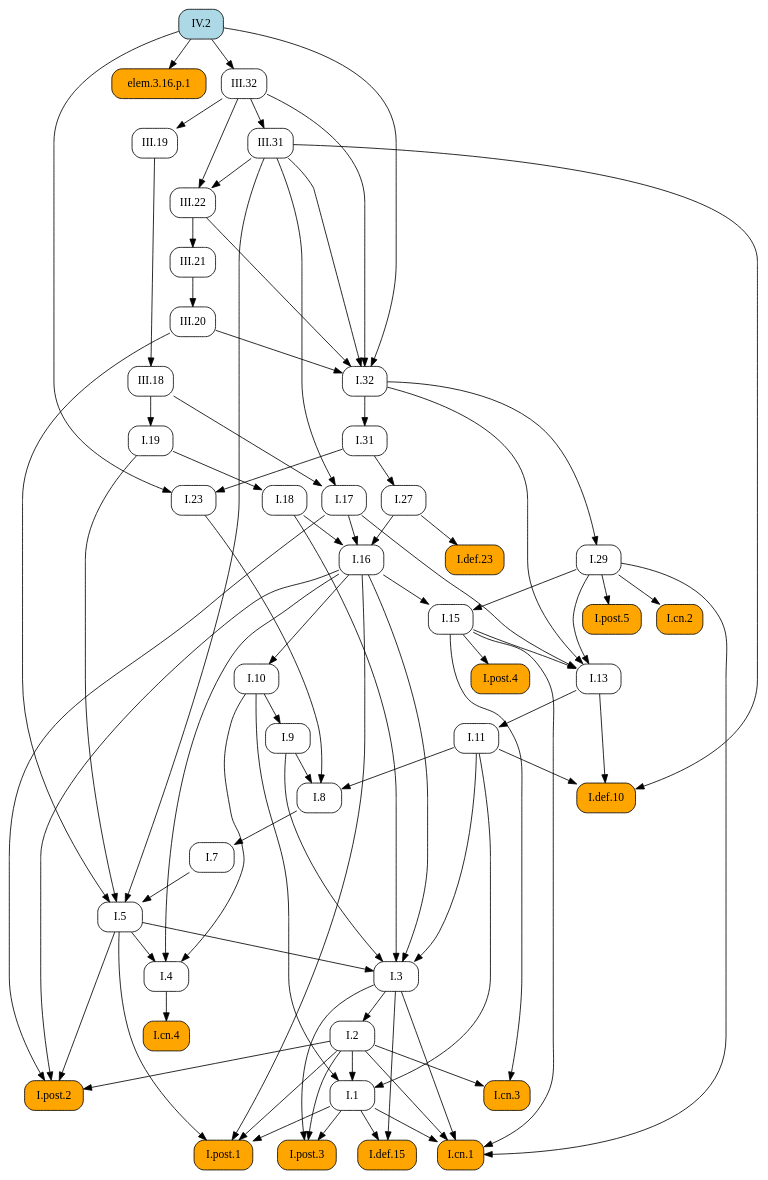
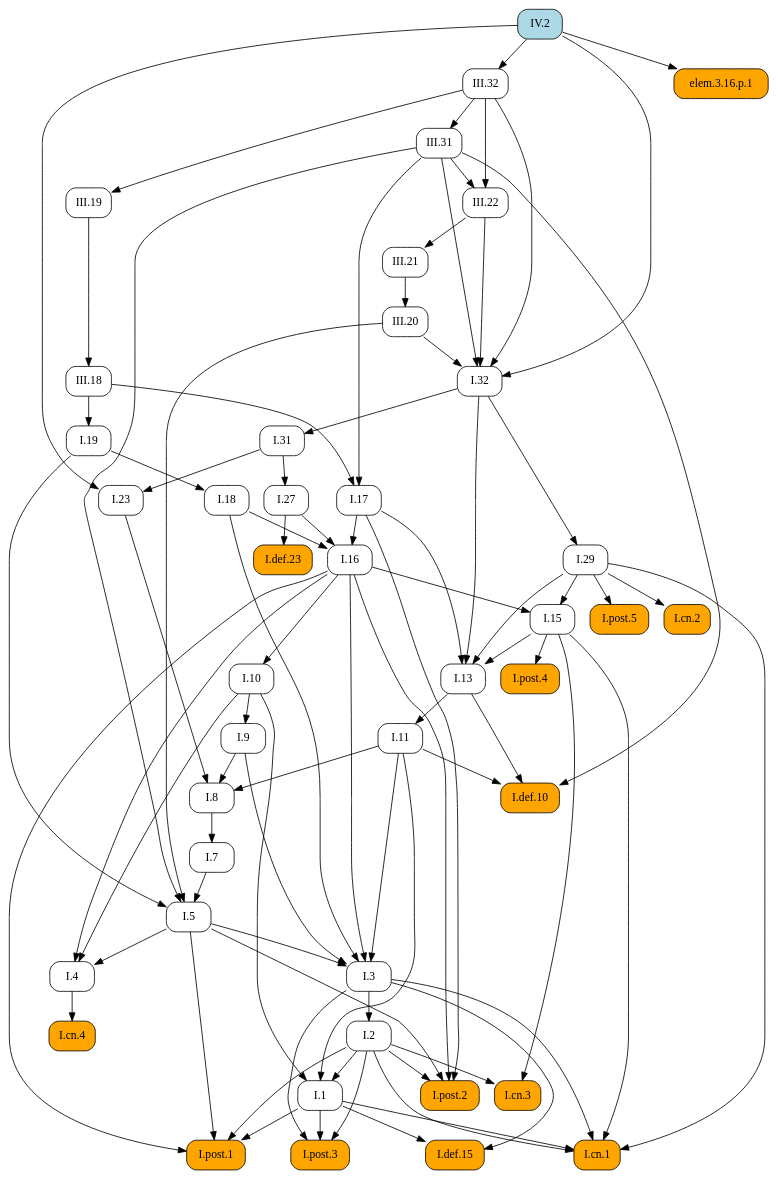
Before and after one commit to geometor/elements: the diagram in docsrc/elements2/IV/2/index.rst, drawn with Graphviz. The commit also changed other lines of this file and 409 other files, not shown here.

First line of the commit message:
feat: Add image cropping and graphic extraction script

```diff
--- a/docsrc/elements2/IV/2/index.rst
+++ b/docsrc/elements2/IV/2/index.rst
@@ -46,129 +46,129 @@
    digraph {
      rankdir="TB";
      node [shape=box, style=rounded];
+     "III.18" [URL="/elements2/III/18/", target="_top"];
+     "I.31" [URL="/elements2/I/31/", target="_top"];
      "I.8" [URL="/elements2/I/8/", target="_top"];
+     "I.15" [URL="/elements2/I/15/", target="_top"];
+     "I.5" [URL="/elements2/I/5/", target="_top"];
+     "I.17" [URL="/elements2/I/17/", target="_top"];
+     "I.cn.1" [style="rounded,filled", fillcolor=orange, URL="/elements2/I/cn.1/", target="_top"];
+     "elem.3.16.p.1" [style="rounded,filled", fillcolor=orange];
      "I.32" [URL="/elements2/I/32/", target="_top"];
-     "I.post.1" [style="rounded,filled", fillcolor=orange, URL="/elements2/I/post.1/", target="_top"];
-     "I.5" [URL="/elements2/I/5/", target="_top"];
-     "I.post.5" [style="rounded,filled", fillcolor=orange, URL="/elements2/I/post.5/", target="_top"];
-     "I.def.10" [style="rounded,filled", fillcolor=orange, URL="/elements2/I/def.10/", target="_top"];
-     "I.cn.2" [style="rounded,filled", fillcolor=orange, URL="/elements2/I/cn.2/", target="_top"];
-     "III.22" [URL="/elements2/III/22/", target="_top"];
-     "elem.3.16.p.1" [style="rounded,filled", fillcolor=orange];
+     "I.7" [URL="/elements2/I/7/", target="_top"];
+     "I.23" [URL="/elements2/I/23/", target="_top"];
+     "I.16" [URL="/elements2/I/16/", target="_top"];
+     "III.20" [URL="/elements2/III/20/", target="_top"];
+     "III.19" [URL="/elements2/III/19/", target="_top"];
      "I.def.15" [style="rounded,filled", fillcolor=orange, URL="/elements2/I/def.15/", target="_top"];
      "III.31" [URL="/elements2/III/31/", target="_top"];
-     "I.31" [URL="/elements2/I/31/", target="_top"];
+     "I.19" [URL="/elements2/I/19/", target="_top"];
+     "I.def.10" [style="rounded,filled", fillcolor=orange, URL="/elements2/I/def.10/", target="_top"];
      "I.11" [URL="/elements2/I/11/", target="_top"];
+     "I.post.4" [style="rounded,filled", fillcolor=orange, URL="/elements2/I/post.4/", target="_top"];
+     "I.def.23" [style="rounded,filled", fillcolor=orange, URL="/elements2/I/def.23/", target="_top"];
+     "I.18" [URL="/elements2/I/18/", target="_top"];
+     "I.post.5" [style="rounded,filled", fillcolor=orange, URL="/elements2/I/post.5/", target="_top"];
      "I.3" [URL="/elements2/I/3/", target="_top"];
-     "I.def.23" [style="rounded,filled", fillcolor=orange, URL="/elements2/I/def.23/", target="_top"];
-     "I.post.2" [style="rounded,filled", fillcolor=orange, URL="/elements2/I/post.2/", target="_top"];
-     "IV.2" [style="rounded,filled", fillcolor=lightblue, URL="/elements2/IV/2/", target="_top"];
-     "I.19" [URL="/elements2/I/19/", target="_top"];
-     "I.1" [URL="/elements2/I/1/", target="_top"];
+     "III.22" [URL="/elements2/III/22/", target="_top"];
+     "I.10" [URL="/elements2/I/10/", target="_top"];
+     "III.21" [URL="/elements2/III/21/", target="_top"];
      "I.cn.3" [style="rounded,filled", fillcolor=orange, URL="/elements2/I/cn.3/", target="_top"];
-     "I.cn.4" [style="rounded,filled", fillcolor=orange, URL="/elements2/I/cn.4/", target="_top"];
-     "III.21" [URL="/elements2/III/21/", target="_top"];
-     "I.7" [URL="/elements2/I/7/", target="_top"];
-     "I.17" [URL="/elements2/I/17/", target="_top"];
-     "III.20" [URL="/elements2/III/20/", target="_top"];
+     "I.13" [URL="/elements2/I/13/", target="_top"];
+     "I.4" [URL="/elements2/I/4/", target="_top"];
+     "I.post.3" [style="rounded,filled", fillcolor=orange, URL="/elements2/I/post.3/", target="_top"];
+     "III.32" [URL="/elements2/III/32/", target="_top"];
      "I.9" [URL="/elements2/I/9/", target="_top"];
-     "III.32" [URL="/elements2/III/32/", target="_top"];
-     "I.cn.1" [style="rounded,filled", fillcolor=orange, URL="/elements2/I/cn.1/", target="_top"];
      "I.29" [URL="/elements2/I/29/", target="_top"];
-     "III.19" [URL="/elements2/III/19/", target="_top"];
-     "I.post.4" [style="rounded,filled", fillcolor=orange, URL="/elements2/I/post.4/", target="_top"];
-     "I.13" [URL="/elements2/I/13/", target="_top"];
-     "I.16" [URL="/elements2/I/16/", target="_top"];
-     "I.18" [URL="/elements2/I/18/", target="_top"];
+     "I.post.1" [style="rounded,filled", fillcolor=orange, URL="/elements2/I/post.1/", target="_top"];
      "I.2" [URL="/elements2/I/2/", target="_top"];
      "I.27" [URL="/elements2/I/27/", target="_top"];
-     "III.18" [URL="/elements2/III/18/", target="_top"];
-     "I.4" [URL="/elements2/I/4/", target="_top"];
-     "I.10" [URL="/elements2/I/10/", target="_top"];
-     "I.15" [URL="/elements2/I/15/", target="_top"];
-     "I.23" [URL="/elements2/I/23/", target="_top"];
-     "I.post.3" [style="rounded,filled", fillcolor=orange, URL="/elements2/I/post.3/", target="_top"];
+     "I.1" [URL="/elements2/I/1/", target="_top"];
+     "I.cn.2" [style="rounded,filled", fillcolor=orange, URL="/elements2/I/cn.2/", target="_top"];
+     "I.cn.4" [style="rounded,filled", fillcolor=orange, URL="/elements2/I/cn.4/", target="_top"];
+     "IV.2" [style="rounded,filled", fillcolor=lightblue, URL="/elements2/IV/2/", target="_top"];
+     "I.post.2" [style="rounded,filled", fillcolor=orange, URL="/elements2/I/post.2/", target="_top"];
+     "III.19" -> "III.18";
+     "I.32" -> "I.31";
      "I.9" -> "I.8";
      "I.11" -> "I.8";
      "I.23" -> "I.8";
+     "I.16" -> "I.15";
+     "I.29" -> "I.15";
+     "I.7" -> "I.5";
+     "I.19" -> "I.5";
+     "III.20" -> "I.5";
+     "III.31" -> "I.5";
+     "III.18" -> "I.17";
+     "III.31" -> "I.17";
+     "I.1" -> "I.cn.1";
+     "I.2" -> "I.cn.1";
+     "I.3" -> "I.cn.1";
+     "I.15" -> "I.cn.1";
+     "I.29" -> "I.cn.1";
+     "IV.2" -> "elem.3.16.p.1";
      "III.20" -> "I.32";
      "III.22" -> "I.32";
      "III.31" -> "I.32";
      "III.32" -> "I.32";
      "IV.2" -> "I.32";
-     "I.1" -> "I.post.1";
-     "I.2" -> "I.post.1";
-     "I.5" -> "I.post.1";
-     "I.16" -> "I.post.1";
-     "I.7" -> "I.5";
-     "I.19" -> "I.5";
-     "III.20" -> "I.5";
-     "III.31" -> "I.5";
-     "I.29" -> "I.post.5";
+     "I.8" -> "I.7";
+     "I.31" -> "I.23";
+     "IV.2" -> "I.23";
+     "I.17" -> "I.16";
+     "I.18" -> "I.16";
+     "I.27" -> "I.16";
+     "III.21" -> "III.20";
+     "III.32" -> "III.19";
+     "I.1" -> "I.def.15";
+     "I.3" -> "I.def.15";
+     "III.32" -> "III.31";
+     "III.18" -> "I.19";
      "I.11" -> "I.def.10";
      "I.13" -> "I.def.10";
      "III.31" -> "I.def.10";
-     "I.29" -> "I.cn.2";
-     "III.31" -> "III.22";
-     "III.32" -> "III.22";
-     "IV.2" -> "elem.3.16.p.1";
-     "I.1" -> "I.def.15";
-     "I.3" -> "I.def.15";
-     "III.32" -> "III.31";
-     "I.32" -> "I.31";
      "I.13" -> "I.11";
+     "I.15" -> "I.post.4";
+     "I.27" -> "I.def.23";
+     "I.19" -> "I.18";
+     "I.29" -> "I.post.5";
      "I.5" -> "I.3";
      "I.9" -> "I.3";
      "I.11" -> "I.3";
      "I.16" -> "I.3";
      "I.18" -> "I.3";
-     "I.27" -> "I.def.23";
+     "III.31" -> "III.22";
+     "III.32" -> "III.22";
+     "I.16" -> "I.10";
+     "III.22" -> "III.21";
+     "I.2" -> "I.cn.3";
+     "I.15" -> "I.cn.3";
+     "I.15" -> "I.13";
+     "I.17" -> "I.13";
+     "I.29" -> "I.13";
+     "I.32" -> "I.13";
+     "I.5" -> "I.4";
+     "I.10" -> "I.4";
+     "I.16" -> "I.4";
+     "I.1" -> "I.post.3";
+     "I.2" -> "I.post.3";
+     "I.3" -> "I.post.3";
+     "IV.2" -> "III.32";
+     "I.10" -> "I.9";
+     "I.32" -> "I.29";
+     "I.1" -> "I.post.1";
+     "I.2" -> "I.post.1";
+     "I.5" -> "I.post.1";
+     "I.16" -> "I.post.1";
+     "I.3" -> "I.2";
+     "I.31" -> "I.27";
+     "I.2" -> "I.1";
+     "I.10" -> "I.1";
+     "I.11" -> "I.1";
+     "I.29" -> "I.cn.2";
+     "I.4" -> "I.cn.4";
      "I.2" -> "I.post.2";
      "I.5" -> "I.post.2";
      "I.16" -> "I.post.2";
      "I.17" -> "I.post.2";
-     "III.18" -> "I.19";
-     "I.2" -> "I.1";
-     "I.10" -> "I.1";
-     "I.11" -> "I.1";
-     "I.2" -> "I.cn.3";
-     "I.15" -> "I.cn.3";
-     "I.4" -> "I.cn.4";
-     "III.22" -> "III.21";
-     "I.8" -> "I.7";
-     "III.18" -> "I.17";
-     "III.31" -> "I.17";
-     "III.21" -> "III.20";
-     "I.10" -> "I.9";
-     "IV.2" -> "III.32";
-     "I.1" -> "I.cn.1";
-     "I.2" -> "I.cn.1";
-     "I.3" -> "I.cn.1";
-     "I.15" -> "I.cn.1";
-     "I.29" -> "I.cn.1";
-     "I.32" -> "I.29";
-     "III.32" -> "III.19";
-     "I.15" -> "I.post.4";
-     "I.15" -> "I.13";
-     "I.17" -> "I.13";
-     "I.29" -> "I.13";
-     "I.32" -> "I.13";
-     "I.17" -> "I.16";
-     "I.18" -> "I.16";
-     "I.27" -> "I.16";
-     "I.19" -> "I.18";
-     "I.3" -> "I.2";
-     "I.31" -> "I.27";
-     "III.19" -> "III.18";
-     "I.5" -> "I.4";
-     "I.10" -> "I.4";
-     "I.16" -> "I.4";
-     "I.16" -> "I.10";
-     "I.16" -> "I.15";
-     "I.29" -> "I.15";
-     "I.31" -> "I.23";
-     "IV.2" -> "I.23";
-     "I.1" -> "I.post.3";
-     "I.2" -> "I.post.3";
-     "I.3" -> "I.post.3";
    }
```
